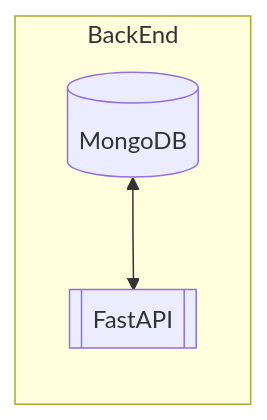
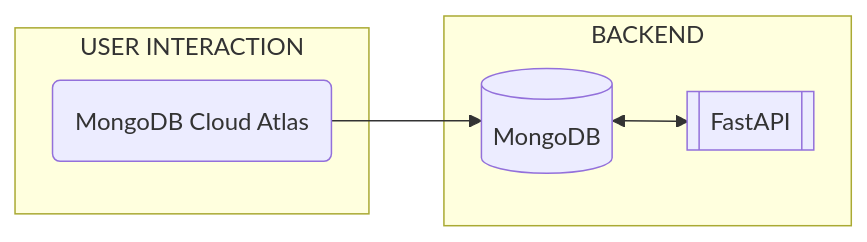
Before and after one commit to jnaranjom/iac_network_deployment: the diagram in diagrams/automation_framework.md, drawn with Mermaid.

````diff
--- a/diagrams/automation_framework.md
+++ b/diagrams/automation_framework.md
@@ -1,9 +1,12 @@
 ```mermaid
 flowchart LR
     A[(MongoDB)]
     B[[FastAPI]]
-    subgraph BackEnd
+    C(MongoDB Cloud Atlas)
+    subgraph BACKEND
         A <--> B
     end
-
+    subgraph USER INTERACTION
+        C --> A
+    end
 ```
````
